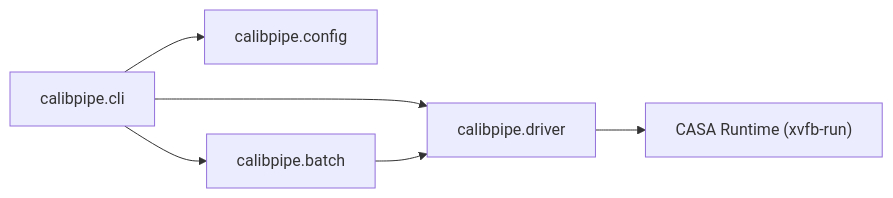
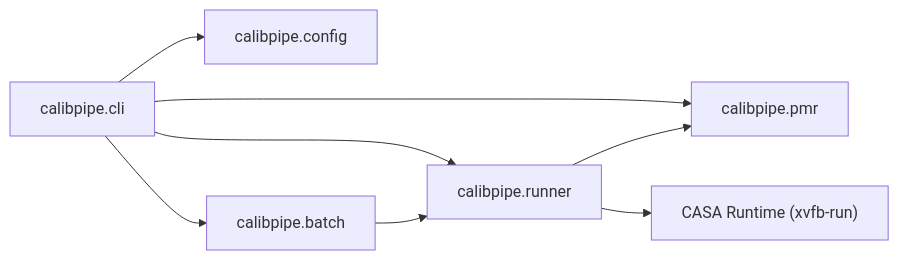
Before and after one commit to ra-pipeline/calibpipe: the diagram in docs/api/index.md, drawn with Mermaid. The commit also changed other lines of this file and 17 other files, not shown here.

First line of the commit message:
feat: integrate native pmr module and rename driver to runner

````diff
--- a/docs/api/index.md
+++ b/docs/api/index.md
@@ -18,8 +19,10 @@
 ```mermaid
 flowchart LR
     CLI["calibpipe.cli"] --> Config["calibpipe.config"]
-    CLI --> Driver["calibpipe.driver"]
+    CLI --> Runner["calibpipe.runner"]
     CLI --> Batch["calibpipe.batch"]
-    Batch --> Driver
-    Driver --> CASA["CASA Runtime (xvfb-run)"]
+    CLI --> PMR["calibpipe.pmr"]
+    Batch --> Runner
+    Runner --> PMR
+    Runner --> CASA["CASA Runtime (xvfb-run)"]
 ```
````
